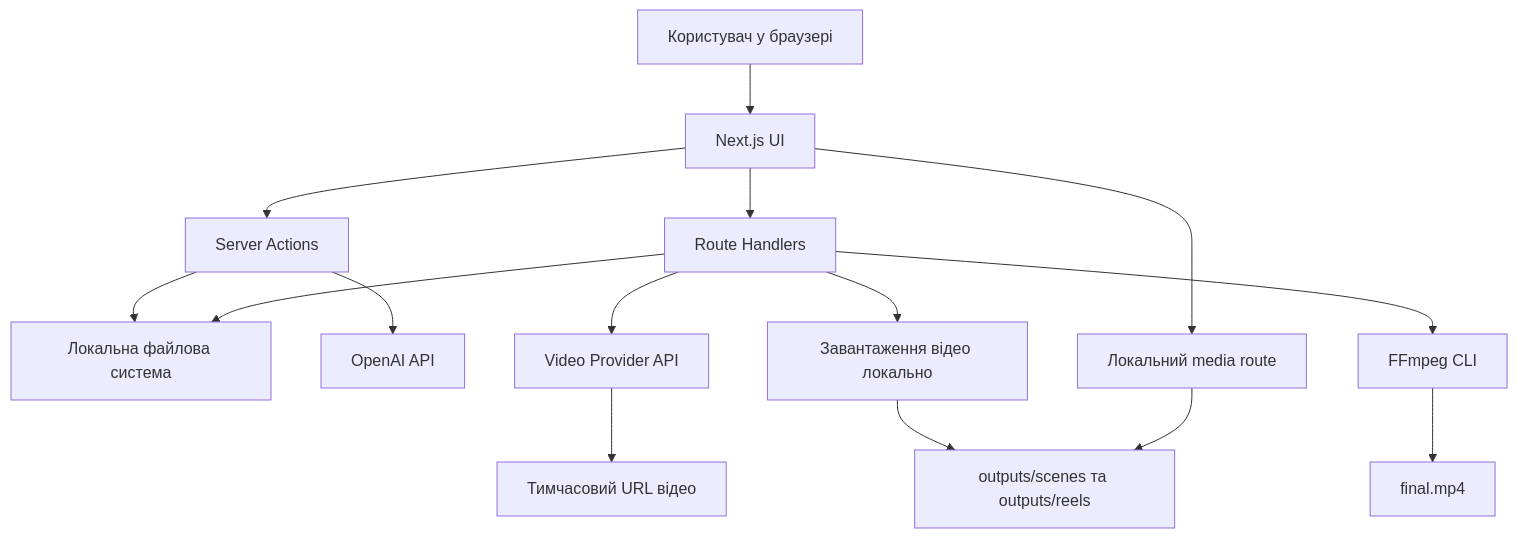
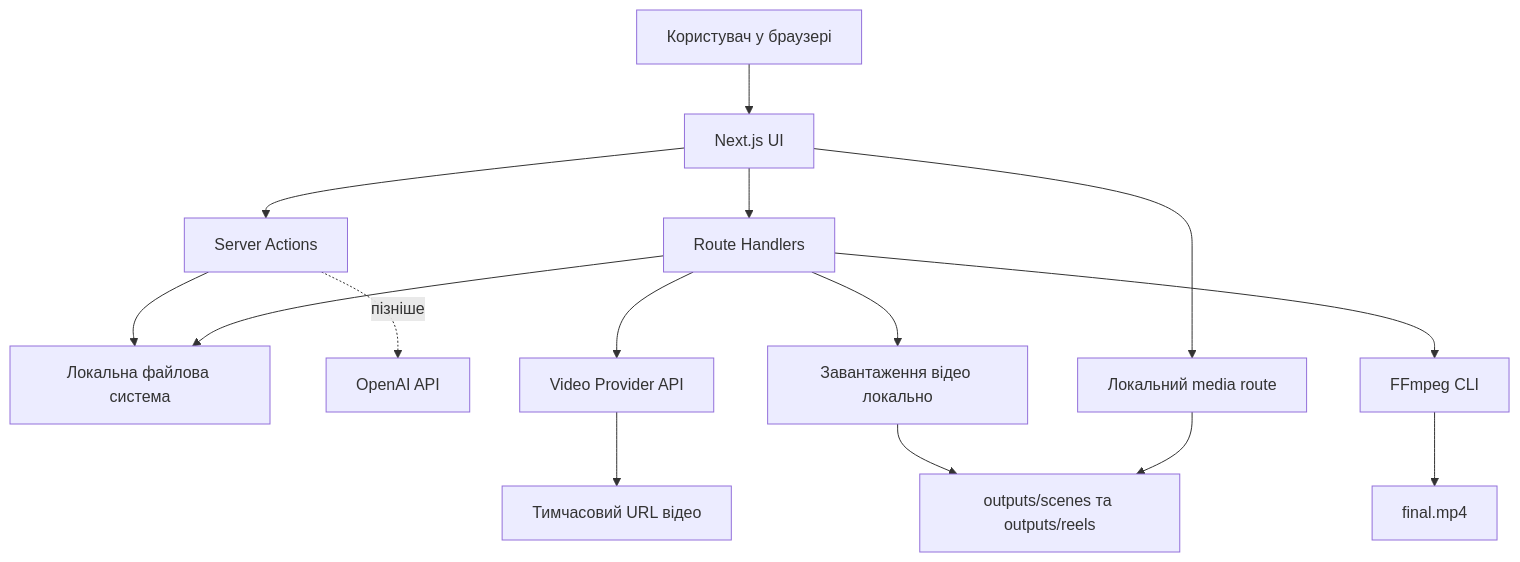
The first of 2 diagrams in docs/ARCHITECTURE.md (AndriiChemer/reels-generator), drawn with Mermaid before and after one commit. The commit also changed other lines of this file and 14 other files, not shown here.

````diff
--- a/docs/ARCHITECTURE.md
+++ b/docs/ARCHITECTURE.md
@@ -20,17 +20,17 @@
 ```mermaid
 flowchart TD
   User[Користувач у браузері] --> UI[Next.js UI]
   UI --> SA[Server Actions]
   UI --> API[Route Handlers]
   SA --> FS[Локальна файлова система]
   API --> FS
-  SA --> OpenAI[OpenAI API]
+  SA -. пізніше .-> OpenAI[OpenAI API]
   API --> VideoProvider[Video Provider API]
   VideoProvider --> TempVideo[Тимчасовий URL відео]
   API --> Downloader[Завантаження відео локально]
   Downloader --> Outputs[outputs/scenes та outputs/reels]
   API --> FFmpeg[FFmpeg CLI]
   FFmpeg --> FinalMP4[final.mp4]
   UI --> MediaRoute[Локальний media route]
   MediaRoute --> Outputs
 ```
````
